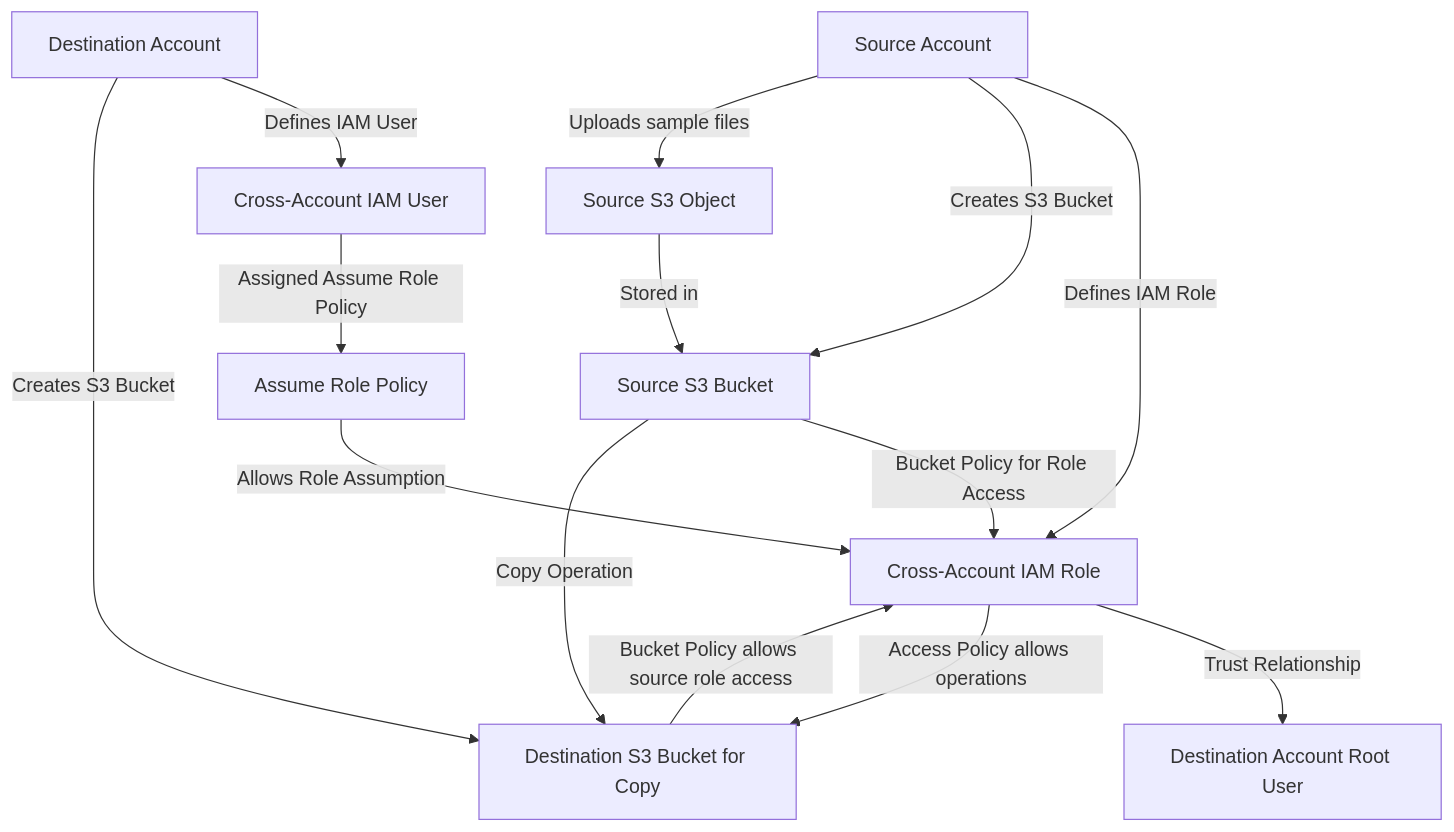
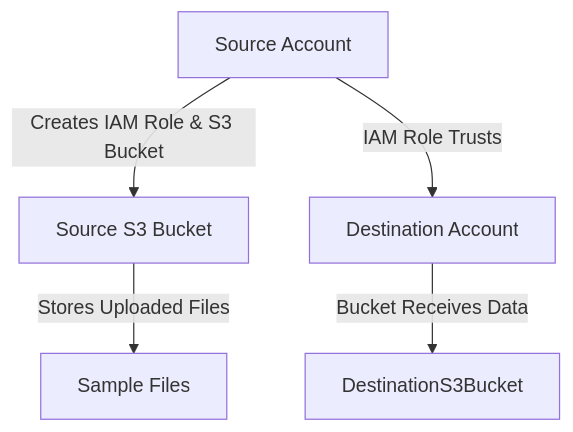
Before and after one commit to entechlog/aws-examples: the first of 3 diagrams in aws-datasync/terraform/README.md, drawn with Mermaid. The commit also changed other lines of this file, not shown here.

Commit message:
changes to update the mermaid diagrams

````diff
--- a/aws-datasync/terraform/README.md
+++ b/aws-datasync/terraform/README.md
@@ -11,21 +11,8 @@
 ```mermaid
-    graph TD;
-        SourceAccount[Source Account] -->|Defines IAM Role| SourceRole[Cross-Account IAM Role]
-        SourceRole -->|Trust Relationship| DestinationAccountRoot[Destination Account Root User]
-        
-        DestinationAccount[Destination Account] -->|Defines IAM User| DestinationUser[Cross-Account IAM User]
-        DestinationUser -->|Assigned Assume Role Policy| DestinationPolicy[Assume Role Policy]
-        DestinationPolicy -->|Allows Role Assumption| SourceRole
+graph TD;
+    SourceAccount[Source Account] -->|Creates IAM Role & S3 Bucket| SourceS3Bucket[Source S3 Bucket]
+    DestinationAccount[Destination Account] -->|Bucket Receives Data| DestinationS3Bucket
 
-        SourceAccount -->|Creates S3 Bucket| SourceS3Bucket[Source S3 Bucket]
-        SourceS3Bucket -->|Bucket Policy for Role Access| SourceRole
-
-        SourceAccount -->|Uploads sample files| SourceS3Object[Source S3 Object]
-        SourceS3Object -->|Stored in| SourceS3Bucket
-
-        DestinationAccount -->|Creates S3 Bucket| DestinationS3BucketCopy[Destination S3 Bucket for Copy]
-        SourceRole -->|Access Policy allows operations| DestinationS3BucketCopy
-
-        SourceS3Bucket -->|Copy Operation| DestinationS3BucketCopy
-        DestinationS3BucketCopy -->|Bucket Policy allows source role access| SourceRole
+    SourceS3Bucket -->|Stores Uploaded Files| SourceS3Object[Sample Files]
+    SourceAccount -->|IAM Role Trusts| DestinationAccount
 ```
````
